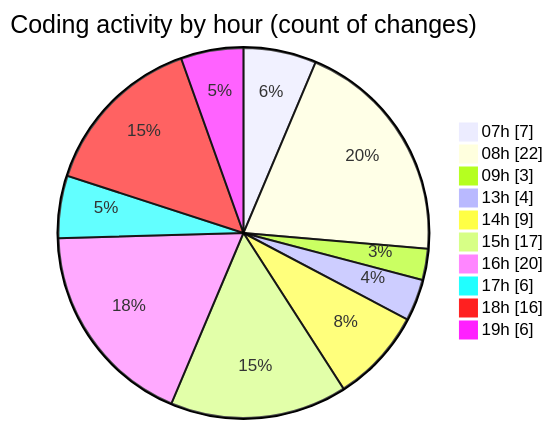
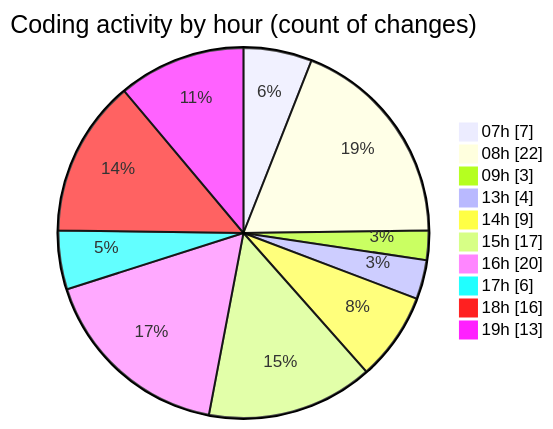
One commit to Elitesun/code-tracking changed the second of 2 diagrams in 2025-05-04/niten/README.md. Above: the diagram before and after it, drawn with Mermaid. The commit also changed other lines of this file and 1 other file, not shown here.

````diff
--- a/2025-05-04/niten/README.md
+++ b/2025-05-04/niten/README.md
@@ -61,14 +62,14 @@
 ```mermaid
 pie showData
 title Coding activity by hour (count of changes)
 "07h" : 7
 "08h" : 22
 "09h" : 3
 "13h" : 4
 "14h" : 9
 "15h" : 17
 "16h" : 20
 "17h" : 6
 "18h" : 16
-"19h" : 6
+"19h" : 13
 ```
````
